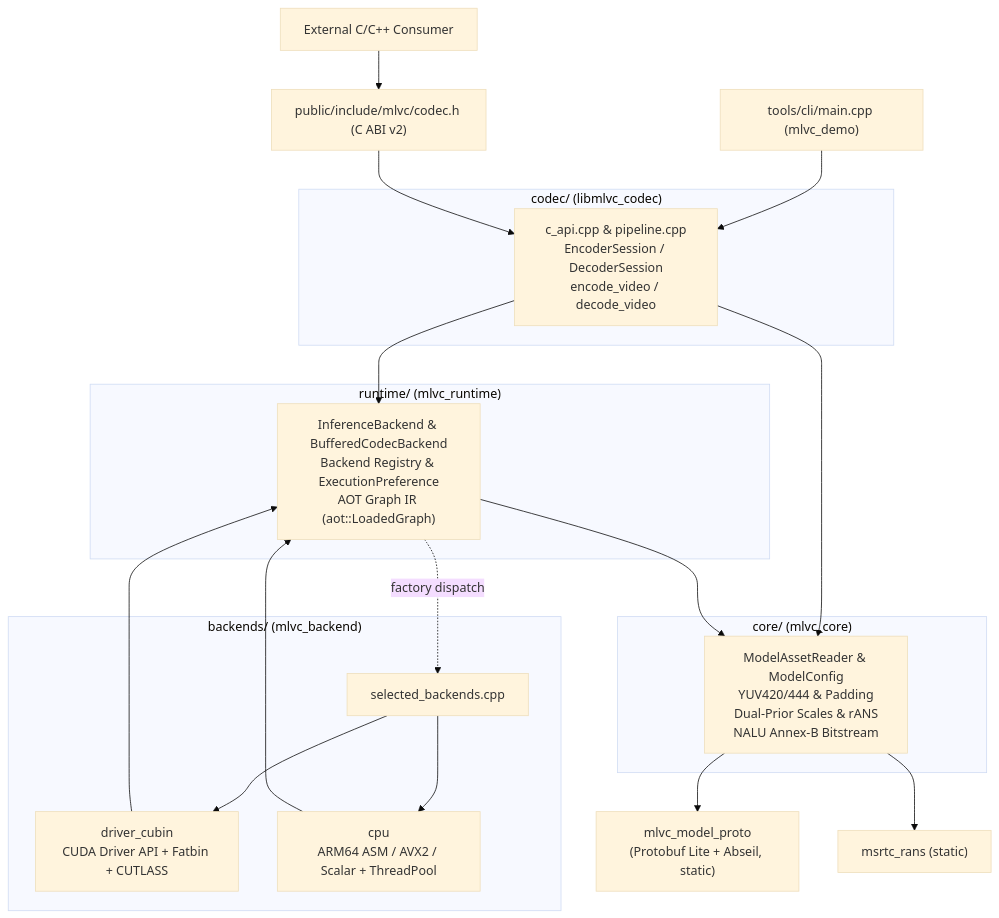
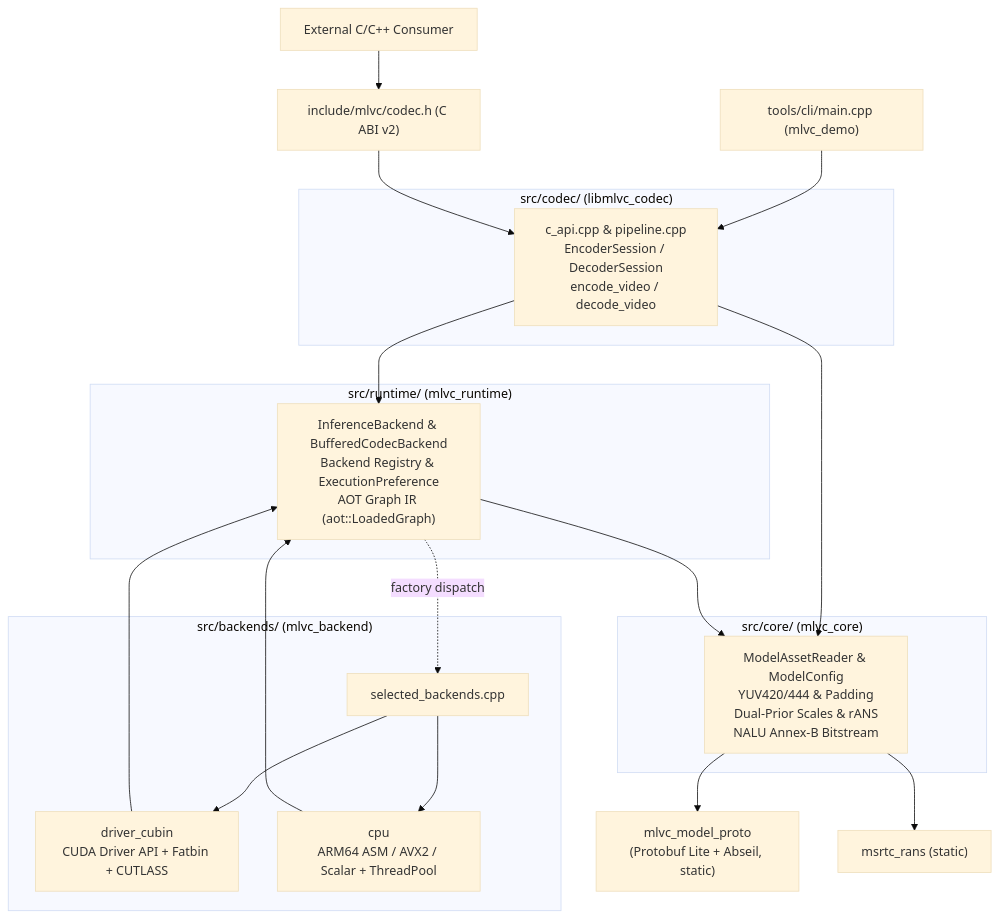
One commit to Puiching-Memory/mlvc.cpp changed the diagram in docs/architecture.md. Above: the diagram before and after it, drawn with Mermaid (base theme). The commit also changed other lines of this file and 159 other files, not shown here.

````diff
--- a/docs/architecture.md
+++ b/docs/architecture.md
@@ -7,37 +7,37 @@
 ```mermaid
 flowchart TD
     CLI["tools/cli/main.cpp (mlvc_demo)"] --> Codec
-    CApp["External C/C++ Consumer"] --> Public["public/include/mlvc/codec.h (C ABI v2)"]
+    CApp["External C/C++ Consumer"] --> Public["include/mlvc/codec.h (C ABI v2)"]
     Public --> Codec
 
-    subgraph CodecLayer["codec/ (libmlvc_codec)"]
+    subgraph CodecLayer["src/codec/ (libmlvc_codec)"]
         Codec["c_api.cpp & pipeline.cpp\nEncoderSession / DecoderSession\nencode_video / decode_video"]
     end
 
     Codec --> Core
     Codec --> Runtime
 
-    subgraph RuntimeLayer["runtime/ (mlvc_runtime)"]
+    subgraph RuntimeLayer["src/runtime/ (mlvc_runtime)"]
         Runtime["InferenceBackend & BufferedCodecBackend\nBackend Registry & ExecutionPreference\nAOT Graph IR (aot::LoadedGraph)"]
     end
 
-    subgraph BackendsLayer["backends/ (mlvc_backend)"]
+    subgraph BackendsLayer["src/backends/ (mlvc_backend)"]
         Reg["selected_backends.cpp"]
         GPU["driver_cubin\nCUDA Driver API + Fatbin + CUTLASS"]
         CPU["cpu\nARM64 ASM / AVX2 / Scalar + ThreadPool"]
         Reg --> GPU
         Reg --> CPU
     end
 
     Runtime -. factory dispatch .-> Reg
     GPU --> Runtime
     CPU --> Runtime
 
-    subgraph CoreLayer["core/ (mlvc_core)"]
+    subgraph CoreLayer["src/core/ (mlvc_core)"]
         Core["ModelAssetReader & ModelConfig\nYUV420/444 & Padding\nDual-Prior Scales & rANS\nNALU Annex-B Bitstream"]
     end
 
     Runtime --> Core
     Core --> Proto["mlvc_model_proto\n(Protobuf Lite + Abseil, static)"]
     Core --> Rans["msrtc_rans (static)"]
 ```
````
